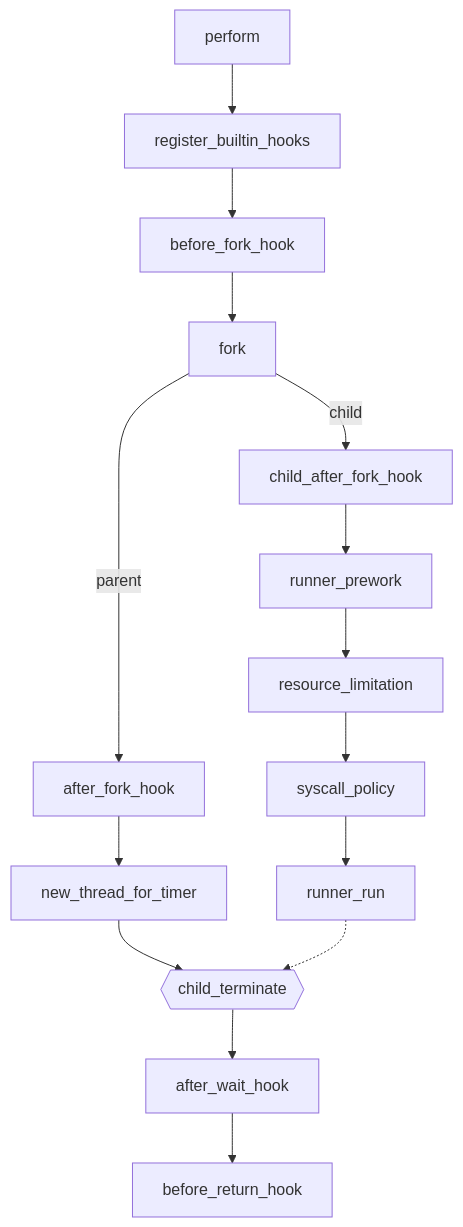
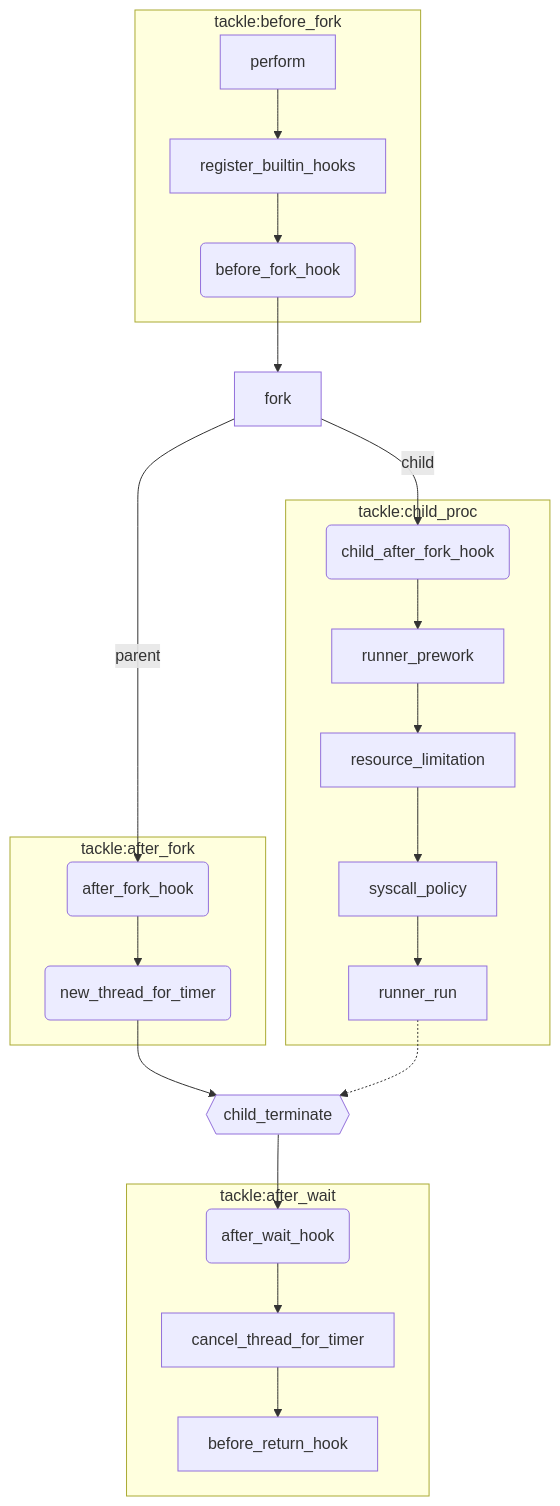
One commit to sshwy/yaoj-judger changed the diagram in README.md. Above: the diagram before and after it, drawn with Mermaid. The commit also changed other lines of this file and 1 other file, not shown here.

Commit message:
docs: explanation for tackle

````diff
--- a/README.md
+++ b/README.md
@@ -101,8 +115,25 @@
 ```mermaid
 graph TD
+subgraph tackle:before_fork
+perform --> register_builtin_hooks --> bfh(before_fork_hook)
+end
 
-perform --> register_builtin_hooks --> before_fork_hook
---> fork -->|parent| after_fork_hook --> new_thread_for_timer --> c_t{{child_terminate}} --> after_wait_hook --> before_return_hook
+bfh --> fork -->|parent| afh(after_fork_hook)
 
-fork -->|child| child_after_fork_hook --> runner_prework --> resource_limitation --> syscall_policy --> runner_run -.-> c_t
+subgraph tackle:after_fork
+afh --> nt(new_thread_for_timer)
+end
+
+nt --> c_t{{child_terminate}} --> awh(after_wait_hook)
+
+subgraph tackle:after_wait
+awh --> cancel_thread_for_timer --> before_return_hook
+end
+
+fork -->|child| cafh
+
+subgraph tackle:child_proc
+cafh(child_after_fork_hook) --> runner_prework --> resource_limitation --> syscall_policy --> runner_run 
+end 
+runner_run -.-> c_t
 ```
````
